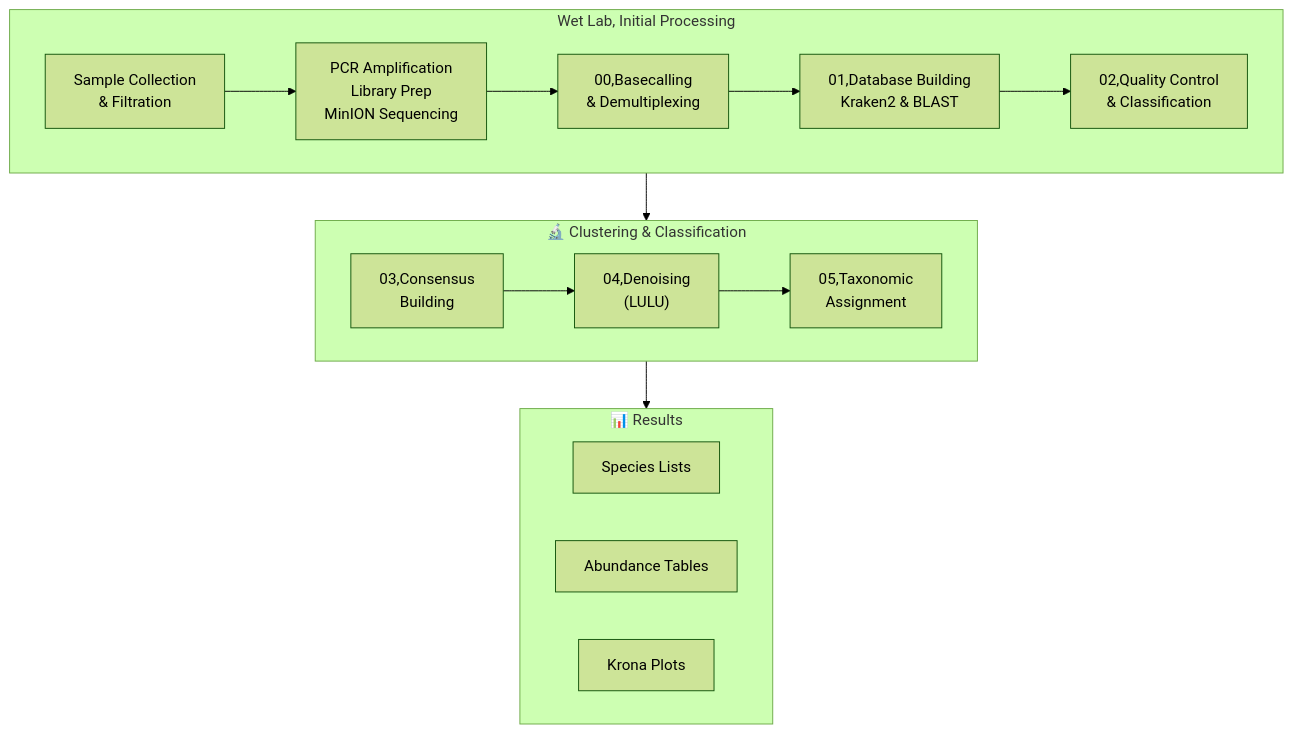
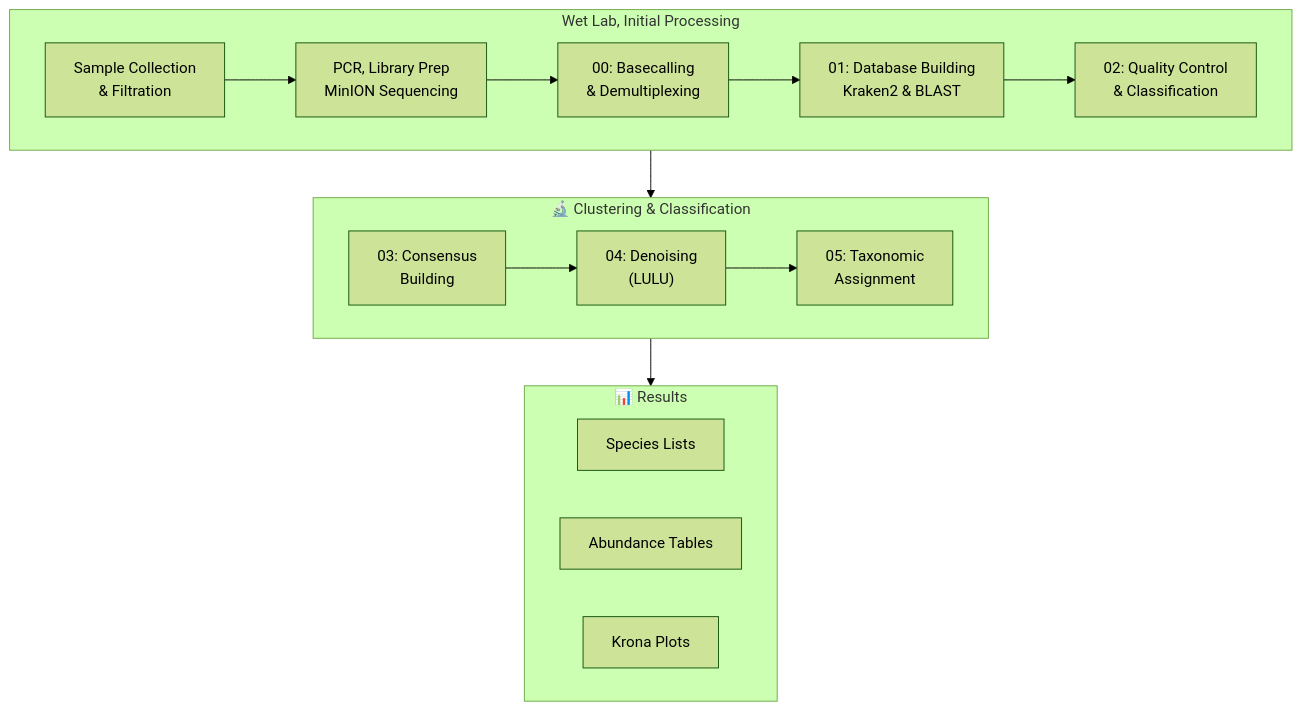
Before and after one commit to piedna/DeCodeDNA: the first of 2 diagrams in README.md, drawn with Mermaid (forest theme).

````diff
--- a/README.md
+++ b/README.md
@@ -87,35 +87,35 @@
 ```mermaid
 flowchart TB
   %% Top row: Wet lab → Basecalling → Database → Classification
   subgraph wetlab ["Wet Lab, Initial Processing"]
     direction LR
     A["Sample Collection<br/>& Filtration"] 
-    B["PCR Amplification<br/>Library Prep<br/>MinION Sequencing"]
-    C["00,Basecalling<br/>& Demultiplexing"]
-    D["01,Database Building<br/>Kraken2 & BLAST"]
-    E["02,Quality Control<br/>& Classification"]
+    B["PCR, Library Prep<br/>MinION Sequencing"]
+    C["00: Basecalling<br/>& Demultiplexing"]
+    D["01: Database Building<br/>Kraken2 & BLAST"]
+    E["02: Quality Control<br/>& Classification"]
     A --> B --> C --> D --> E
   end
 
   %% Bottom row: Consensus → Denoise → Taxonomy
   subgraph analysis ["🔬 Clustering & Classification"]
     direction LR
-    F["03,Consensus<br/>Building"]
-    G["04,Denoising<br/>(LULU)"]
-    H["05,Taxonomic<br/>Assignment"]
+    F["03: Consensus<br/>Building"]
+    G["04: Denoising<br/>(LULU)"]
+    H["05: Taxonomic<br/>Assignment"]
     F --> G --> H
   end
 
   %% Connect the two rows
   E --> F
 
   %% Final outputs
   subgraph results ["📊 Results"]
     direction LR
     I["Species Lists"]
     J["Abundance Tables"] 
     K["Krona Plots"]
   end
   
   H --> results
 ```
````
